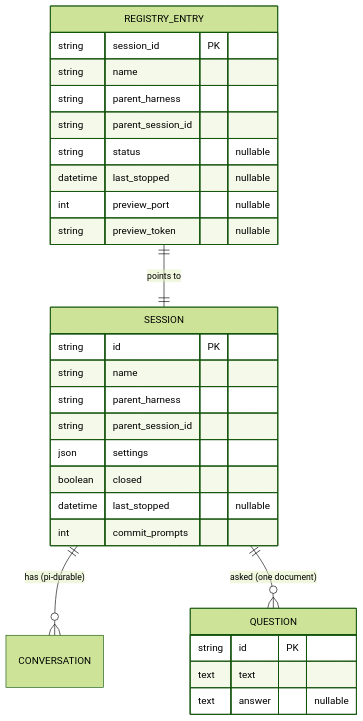
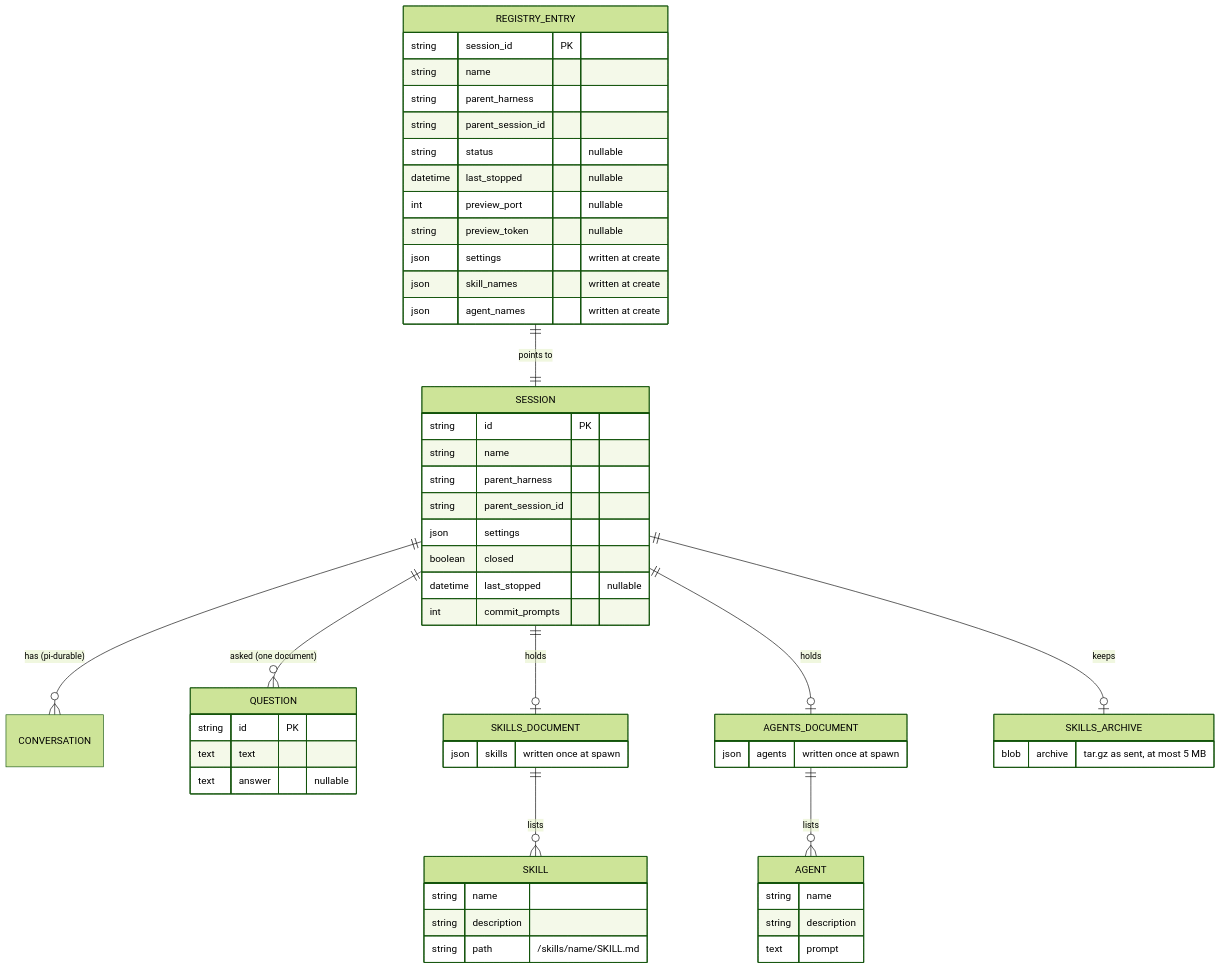
One commit to asermax/tentacles changed the second of 9 diagrams in docs/technical-design/sessions.md. Above: the diagram before and after it, drawn with Mermaid (forest theme). The commit also changed other lines of this file and 7 other files, not shown here.

Commit message:
docs: design skills and agent definitions for remote sessions

````diff
--- a/docs/technical-design/sessions.md
+++ b/docs/technical-design/sessions.md
@@ -15,31 +63,58 @@
 ```mermaid
 erDiagram
     REGISTRY_ENTRY ||--|| SESSION : "points to"
     SESSION ||--o{ CONVERSATION : "has (pi-durable)"
     SESSION ||--o{ QUESTION : "asked (one document)"
+    SESSION ||--o| SKILLS_DOCUMENT : "holds"
+    SESSION ||--o| AGENTS_DOCUMENT : "holds"
+    SESSION ||--o| SKILLS_ARCHIVE : "keeps"
+    SKILLS_DOCUMENT ||--o{ SKILL : "lists"
+    AGENTS_DOCUMENT ||--o{ AGENT : "lists"
     REGISTRY_ENTRY {
         string session_id PK
         string name
         string parent_harness
         string parent_session_id
         string status "nullable"
         datetime last_stopped "nullable"
         int preview_port "nullable"
         string preview_token "nullable"
+        json settings "written at create"
+        json skill_names "written at create"
+        json agent_names "written at create"
     }
     SESSION {
         string id PK
         string name
         string parent_harness
         string parent_session_id
         json settings
         boolean closed
         datetime last_stopped "nullable"
         int commit_prompts
     }
     QUESTION {
         string id PK
         text text
         text answer "nullable"
     }
+    SKILLS_DOCUMENT {
+        json skills "written once at spawn"
+    }
+    AGENTS_DOCUMENT {
+        json agents "written once at spawn"
+    }
+    SKILL {
+        string name
+        string description
+        string path "/skills/name/SKILL.md"
+    }
+    AGENT {
+        string name
+        string description
+        text prompt
+    }
+    SKILLS_ARCHIVE {
+        blob archive "tar.gz as sent, at most 5 MB"
+    }
 ```
````
